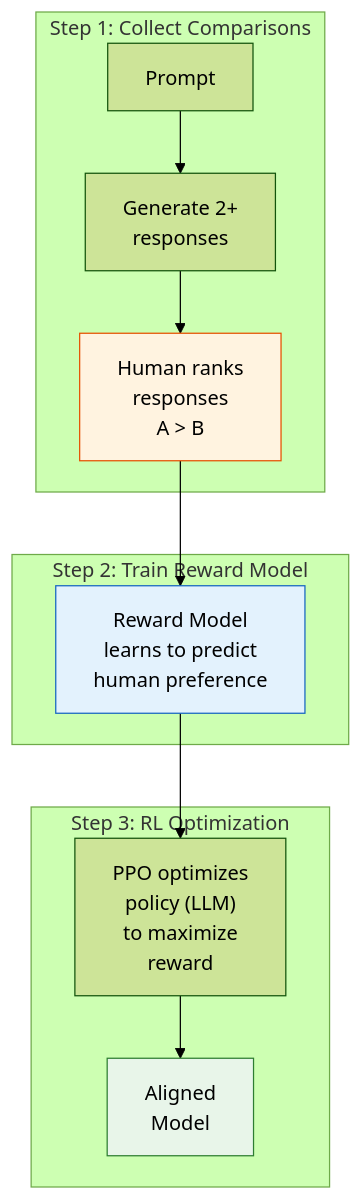
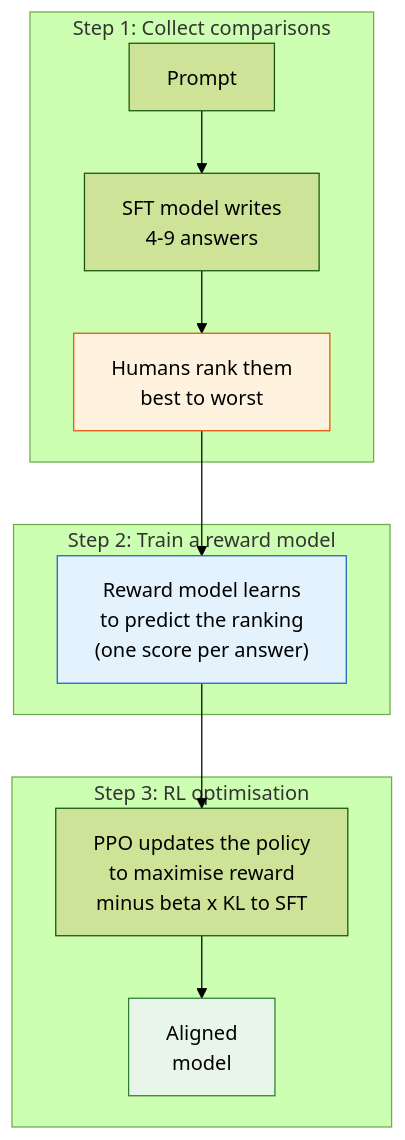
Before and after one commit to Hmago/ml4: diagram 12 of 26 in content/34b_google_top10_ml_interview_part2.md, drawn with Mermaid (forest theme). The commit also changed other lines of this file and 59 other files, not shown here.

````diff
--- a/content/34b_google_top10_ml_interview_part2.md
+++ b/content/34b_google_top10_ml_interview_part2.md
@@ -882,20 +1370,20 @@
 ```mermaid
 graph TD
-    subgraph "Step 1: Collect Comparisons"
-        PROMPT["Prompt"] --> GEN["Generate 2+<br/>responses"]
-        GEN --> HUMAN["Human ranks<br/>responses<br/>A > B"]
+    subgraph "Step 1: Collect comparisons"
+        PROMPT["Prompt"] --> GEN["SFT model writes<br/>4-9 answers"]
+        GEN --> HUMAN["Humans rank them<br/>best to worst"]
     end
 
-    subgraph "Step 2: Train Reward Model"
-        HUMAN --> RM["Reward Model<br/>learns to predict<br/>human preference"]
+    subgraph "Step 2: Train a reward model"
+        HUMAN --> RM["Reward model learns<br/>to predict the ranking<br/>(one score per answer)"]
     end
 
-    subgraph "Step 3: RL Optimization"
-        RM --> PPO["PPO optimizes<br/>policy (LLM)<br/>to maximize<br/>reward"]
-        PPO --> ALIGNED["Aligned<br/>Model"]
+    subgraph "Step 3: RL optimisation"
+        RM --> PPO["PPO updates the policy<br/>to maximise reward<br/>minus beta x KL to SFT"]
+        PPO --> ALIGNED["Aligned<br/>model"]
     end
 
     style HUMAN fill:#fff3e0,stroke:#e65100,color:#000
     style RM fill:#e3f2fd,stroke:#1565c0,color:#000
     style ALIGNED fill:#e8f5e9,stroke:#2e7d32,color:#000
 ```
````
